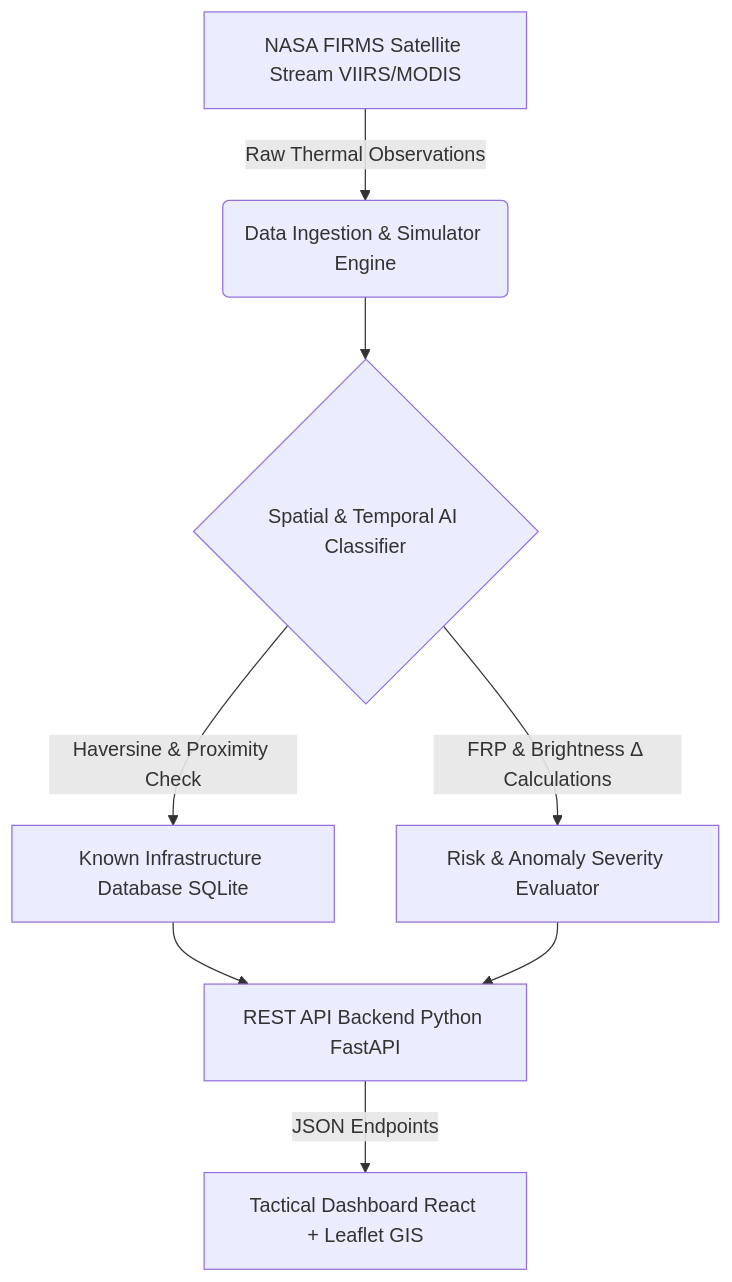
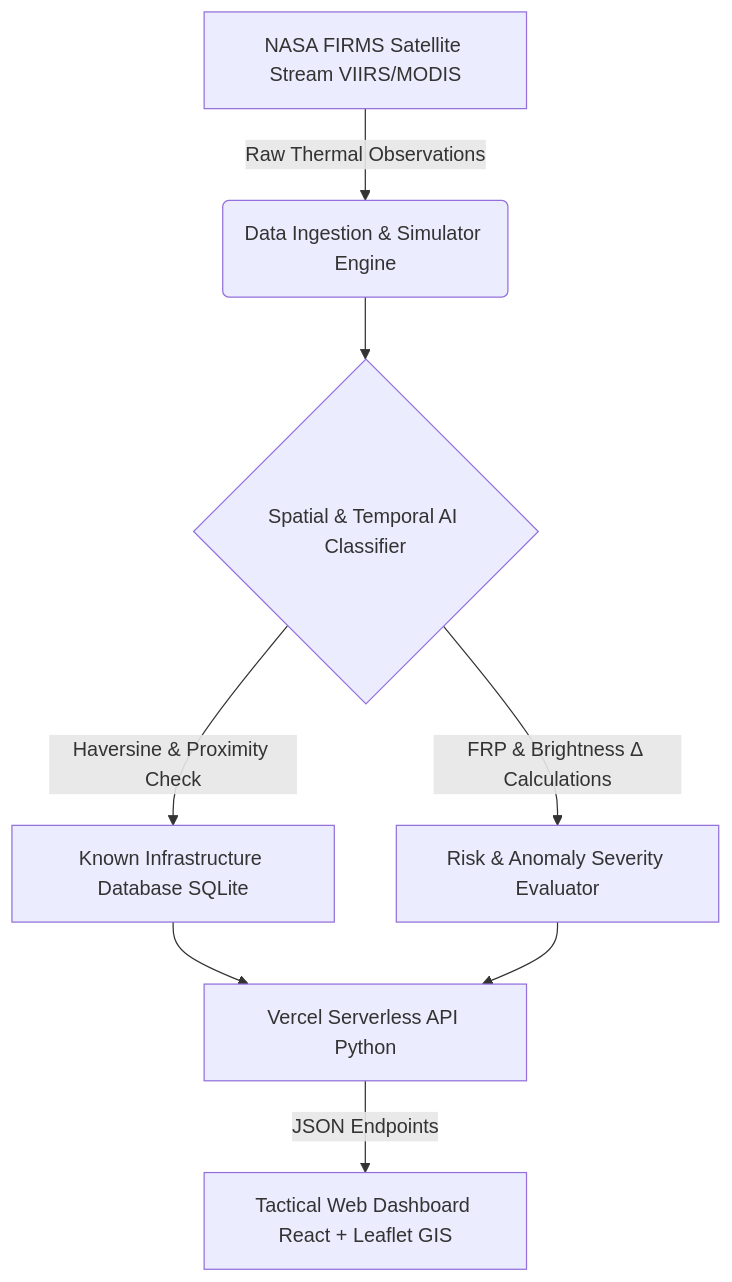
Before and after one commit to sachinnit25/THermal-Hotspot-Ai: the diagram in README.md, drawn with Mermaid. The commit also changed other lines of this file, not shown here.

Commit message:
Fix README layout & font sizes, replace localhost with live Vercel link

````diff
--- a/README.md
+++ b/README.md
@@ -68,10 +48,10 @@
 ```mermaid
 graph TD
     A[NASA FIRMS Satellite Stream VIIRS/MODIS] -->|Raw Thermal Observations| B(Data Ingestion & Simulator Engine)
     B --> C{Spatial & Temporal AI Classifier}
     C -->|Haversine & Proximity Check| D[Known Infrastructure Database SQLite]
     C -->|FRP & Brightness Δ Calculations| E[Risk & Anomaly Severity Evaluator]
-    D --> F[REST API Backend Python FastAPI]
+    D --> F[Vercel Serverless API Python]
     E --> F
-    F -->|JSON Endpoints| G[Tactical Dashboard React + Leaflet GIS]
+    F -->|JSON Endpoints| G[Tactical Web Dashboard React + Leaflet GIS]
 ```
````
